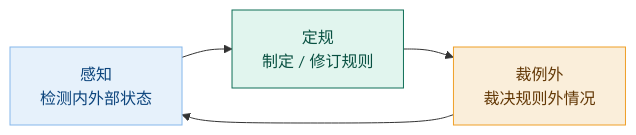
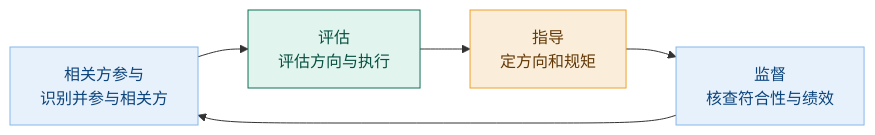
Diagram 13 of 14 in 50-research/08-治理概念精讲-从词源到翻译史.md (Yongjunzhou/AOS-system-design), drawn with Mermaid before and after one commit. The commit also changed other lines of this file and 65 other files, not shown here.

````diff
--- a/50-research/08-治理概念精讲-从词源到翻译史.md
+++ b/50-research/08-治理概念精讲-从词源到翻译史.md
@@ -599,10 +555,12 @@
 ```mermaid
 flowchart LR
-    S["感知<br/>检测内外部状态"] --> R["定规<br/>制定 / 修订规则"]
-    R --> E["裁例外<br/>裁决规则外情况"]
-    E --> S
+    S["相关方参与<br/>识别并参与相关方"] --> R["评估<br/>评估方向与执行"]
+    R --> E["指导<br/>定方向和规矩"]
+    E --> M["监督<br/>核查符合性与绩效"]
+    M --> S
 
     style S fill:#E6F1FB,stroke:#85B7EB,color:#0C447C
     style R fill:#E1F5EE,stroke:#0F6E56,color:#085041
     style E fill:#FAEEDA,stroke:#EF9F27,color:#633806
+    style M fill:#E6F1FB,stroke:#85B7EB,color:#0C447C
 ```
````
